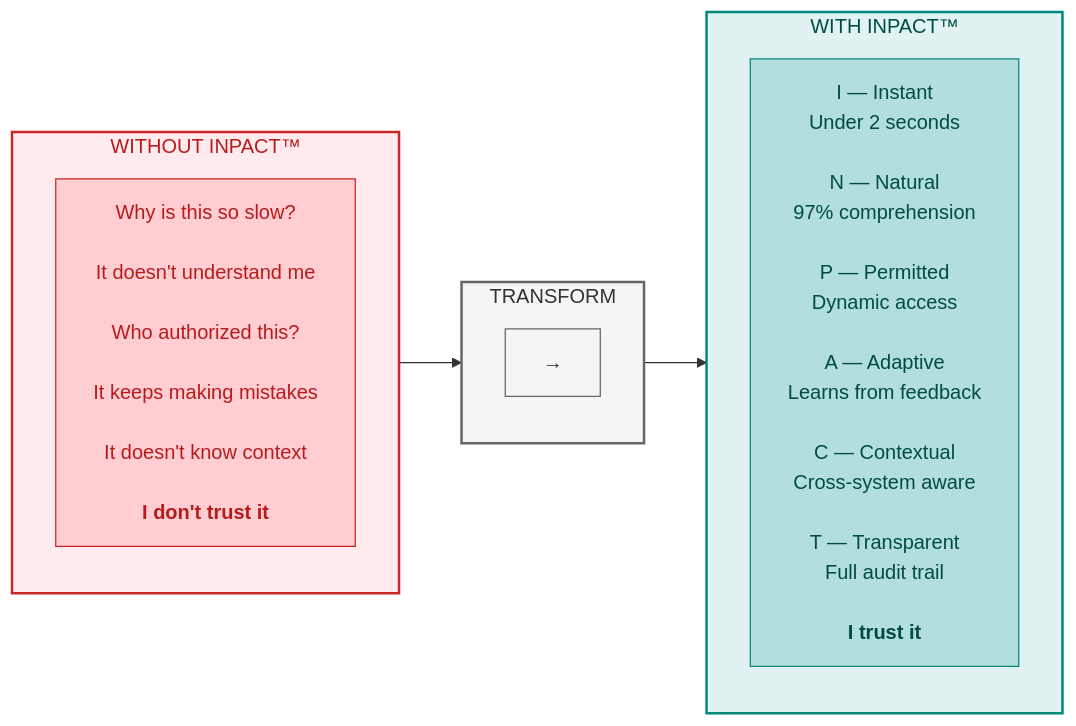
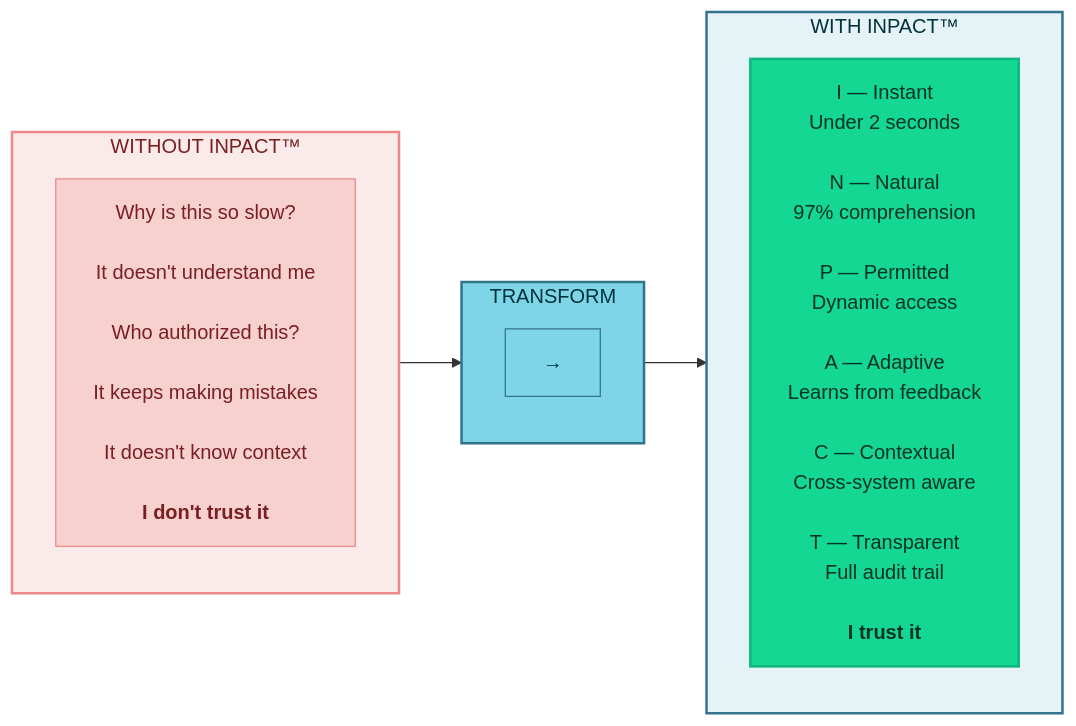
Before and after one commit to saitejesh-cyber/trust-before-intelligence-book: the first of 12 diagrams in manuscript/03_chapter_2_inpact_framework.md, drawn with Mermaid. The commit also changed other lines of this file, not shown here.

Commit message:
Update mermaid diagrams as per new coloberry color and contrast ratio for chapter 3

````diff
--- a/manuscript/03_chapter_2_inpact_framework.md
+++ b/manuscript/03_chapter_2_inpact_framework.md
@@ -7,29 +7,29 @@
 ```mermaid
 
 graph LR
     subgraph WITHOUT["WITHOUT INPACT™"]
         direction TB
         W1["Why is this so slow?<br/><br/>It doesn't understand me<br/><br/>Who authorized this?<br/><br/>It keeps making mistakes<br/><br/>It doesn't know context<br/><br/><b>I don't trust it</b>"]
     end
     
     subgraph TRANSFORM["TRANSFORM"]
         direction TB
         T1["→"]
     end
     
     subgraph WITH["WITH INPACT™"]
         direction TB
         I1["I — Instant<br/>Under 2 seconds<br/><br/>N — Natural<br/>97% comprehension<br/><br/>P — Permitted<br/>Dynamic access<br/><br/>A — Adaptive<br/>Learns from feedback<br/><br/>C — Contextual<br/>Cross-system aware<br/><br/>T — Transparent<br/>Full audit trail</br></br><b>I trust it</b>"]
     end
     
     WITHOUT --> TRANSFORM --> WITH
-    
-    style WITHOUT fill:#ffebee,stroke:#c62828,stroke-width:2px,color:#b71c1c
-    style TRANSFORM fill:#f5f5f5,stroke:#666666,stroke-width:2px,color:#333333
-    style WITH fill:#e0f2f1,stroke:#00897b,stroke-width:2px,color:#004d40
-    style W1 fill:#ffcdd2,stroke:#c62828,color:#b71c1c
-    style T1 fill:#f5f5f5,stroke:#666666,color:#333333
-    style I1 fill:#b2dfdb,stroke:#00897b,color:#004d40
+
+    style WITHOUT fill:#FBEAEA,stroke:#EB898B,stroke-width:2px,color:#7A1F22
+    style TRANSFORM fill:#7FD5E8,stroke:#32738C,stroke-width:2px,color:#00323D
+    style WITH fill:#E6F3F6,stroke:#32738C,stroke-width:2px,color:#00323D
+    style I1 fill:#14D793,color:#003322,stroke:#0FB67D,stroke-width:2px
+    style W1 fill:#F6D1CE,stroke:#EB898B,color:#7A1F22
+    style T1 fill:#7FD5E8,stroke:#32738C,color:#00323D
     
 
 ```
````
